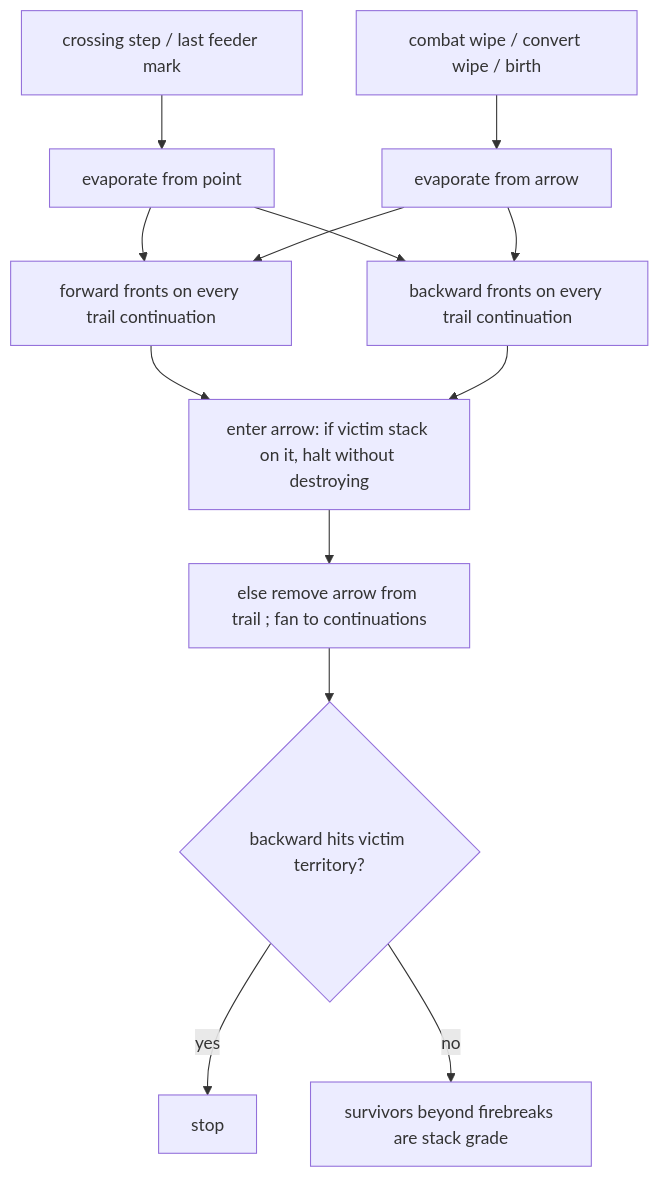
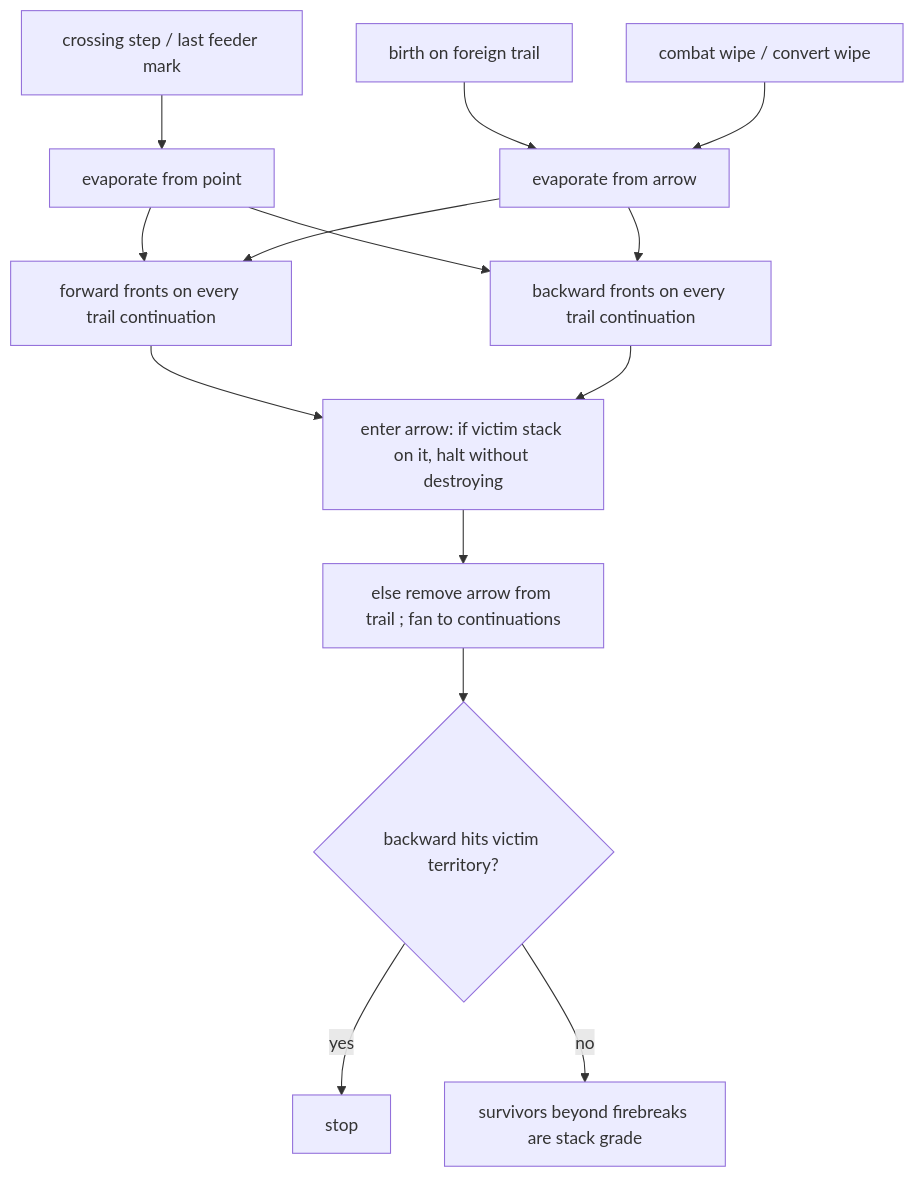
Before and after one commit to hochgi/conquarrow: the diagram in docs/spec/cuts/cuts.md, drawn with Mermaid. The commit also changed other lines of this file, not shown here.

First line of the commit message:
docs(spec): keep wipe out of the cut vocabulary

````diff
--- a/docs/spec/cuts/cuts.md
+++ b/docs/spec/cuts/cuts.md
@@ -31,15 +33,16 @@
 ```mermaid
 flowchart TD
   Cross["crossing step / last feeder mark"] --> P["evaporate from point"]
-  Wipe["combat wipe / convert wipe / birth"] --> A["evaporate from arrow"]
+  Birth["birth on foreign trail"] --> A["evaporate from arrow"]
+  Wipe["combat wipe / convert wipe"] --> A
   P --> F["forward fronts on every trail continuation"]
   A --> F
   P --> B["backward fronts on every trail continuation"]
   A --> B
   F --> E["enter arrow: if victim stack on it, halt without destroying"]
   B --> E
   E --> R["else remove arrow from trail #59; fan to continuations"]
   R --> T{"backward hits victim territory?"}
   T -- yes --> W["stop"]
   T -- no --> D["survivors beyond firebreaks are stack grade"]
 ```
````
